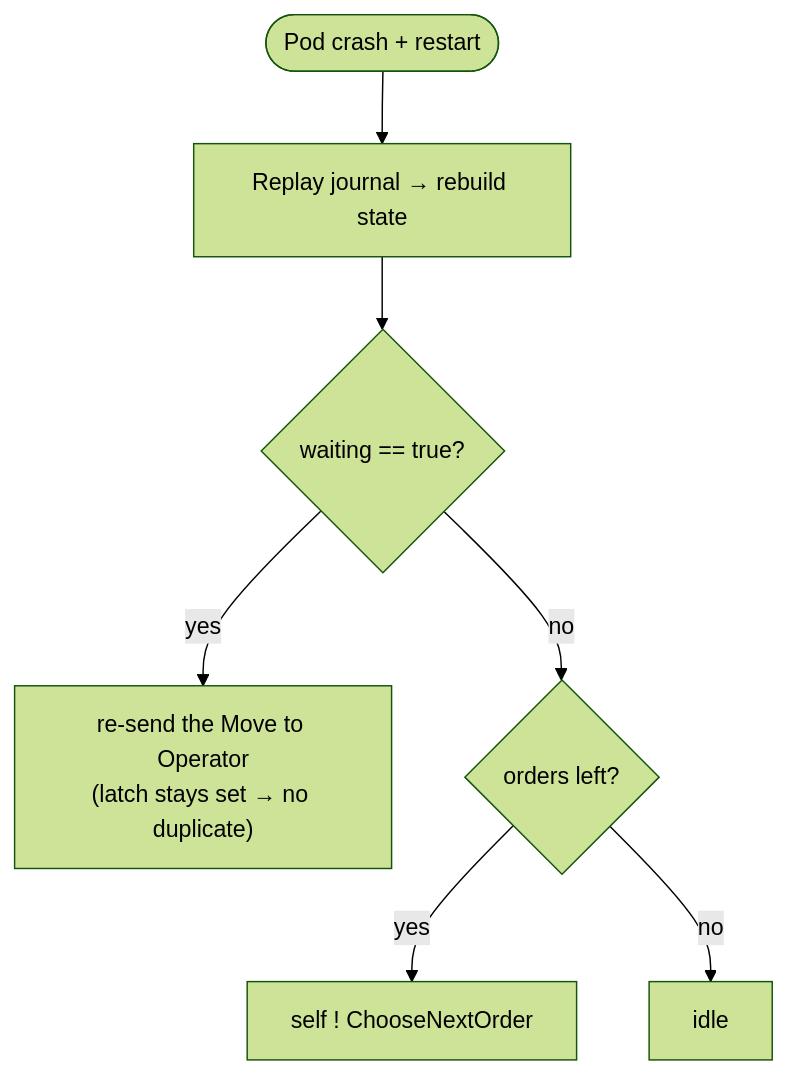
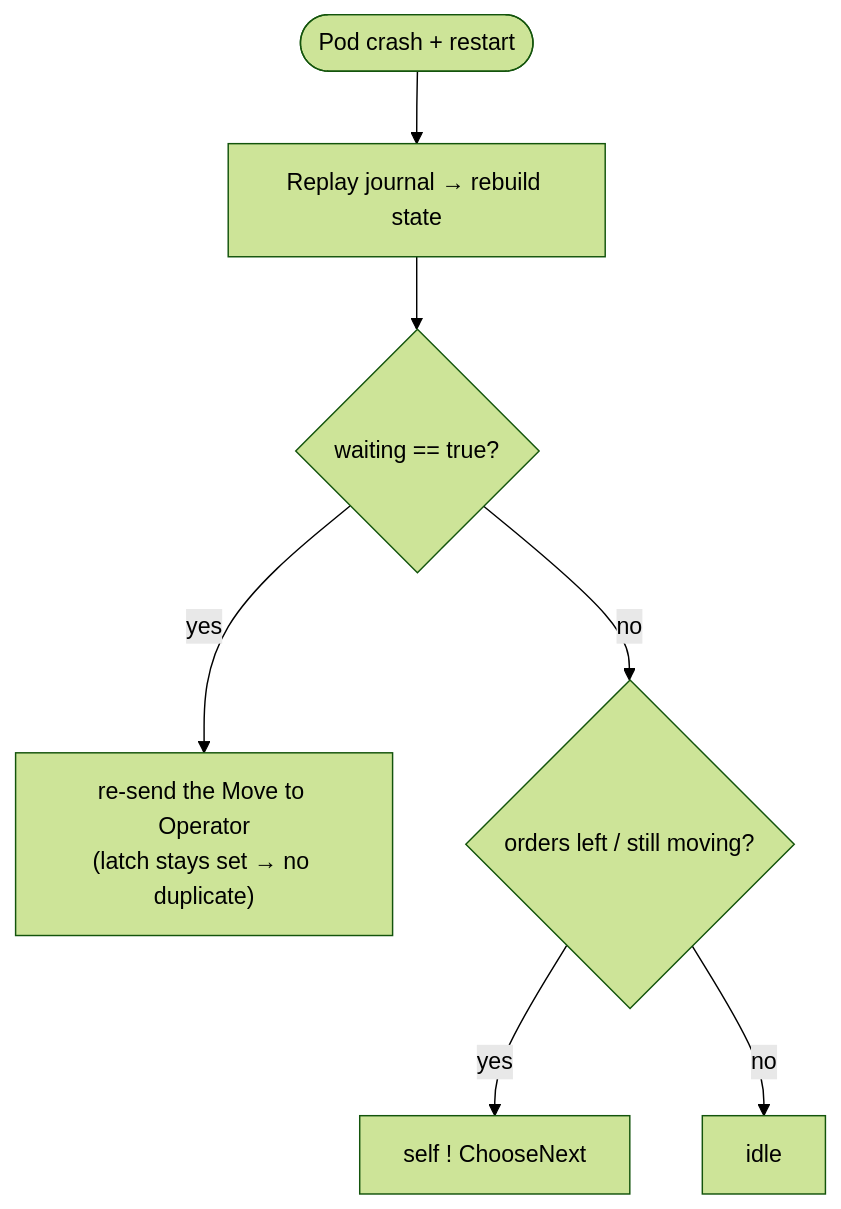
Before and after one commit to TwistedLady/elevator-system: the diagram in docs/crash-recovery.md, drawn with Mermaid (forest theme). The commit also changed other lines of this file and 19 other files, not shown here.

````diff
--- a/docs/crash-recovery.md
+++ b/docs/crash-recovery.md
@@ -7,9 +7,9 @@
 ```mermaid
 flowchart TD
   crash(["Pod crash + restart"]) --> replay["Replay journal → rebuild state"]
   replay --> q1{waiting == true?}
   q1 -->|yes| resend["re-send the Move to Operator<br/>(latch stays set → no duplicate)"]
-  q1 -->|no| q2{orders left?}
-  q2 -->|yes| kick["self ! ChooseNextOrder"]
+  q1 -->|no| q2{orders left / still moving?}
+  q2 -->|yes| kick["self ! ChooseNext"]
   q2 -->|no| done["idle"]
 ```
````
